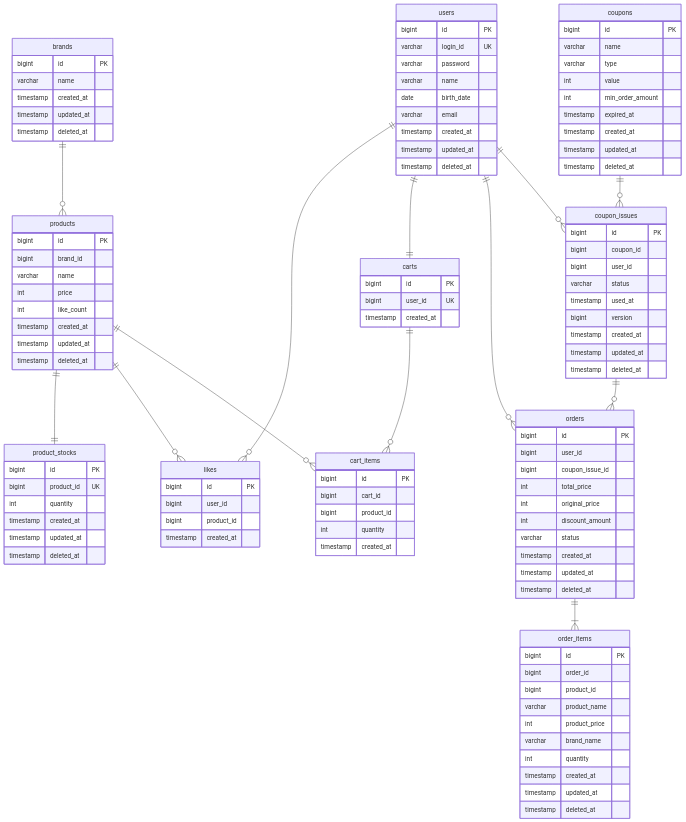
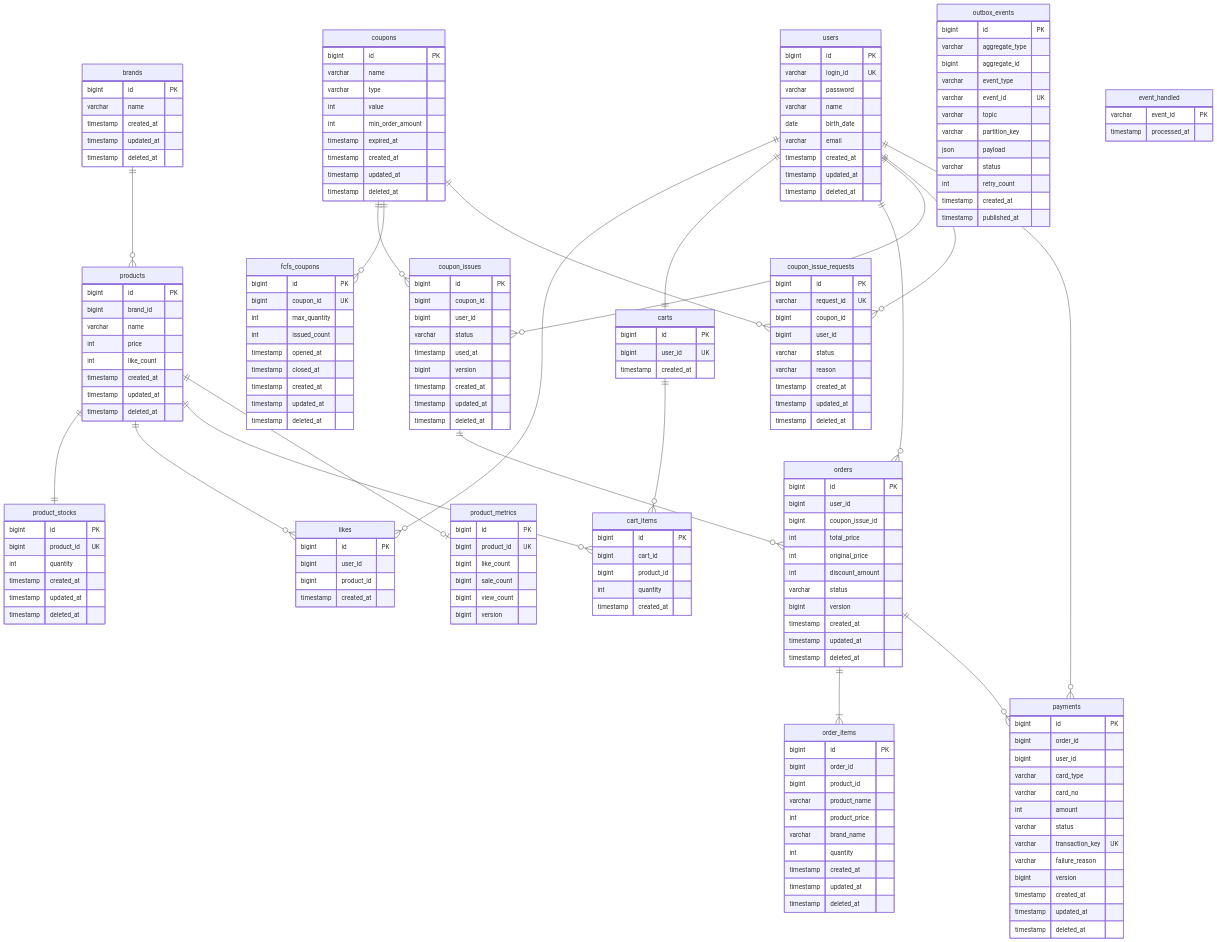
Before and after one commit to Loopers-dev-lab/loop-pack-be-l2-vol3-java: the diagram in .docs/04-erd.md, drawn with Mermaid. The commit also changed other lines of this file and 3 other files, not shown here.

````diff
--- a/.docs/04-erd.md
+++ b/.docs/04-erd.md
@@ -101,6 +101,7 @@
         int original_price
         int discount_amount
         varchar status
+        bigint version
         timestamp created_at
         timestamp updated_at
         timestamp deleted_at
@@ -119,6 +120,75 @@
         timestamp deleted_at
     }
 
+    payments {
+        bigint id PK
+        bigint order_id
+        bigint user_id
+        varchar card_type
+        varchar card_no
+        int amount
+        varchar status
+        varchar transaction_key UK
+        varchar failure_reason
+        bigint version
+        timestamp created_at
+        timestamp updated_at
+        timestamp deleted_at
+    }
+
+    outbox_events {
+        bigint id PK
+        varchar aggregate_type
+        bigint aggregate_id
+        varchar event_type
+        varchar event_id UK
+        varchar topic
+        varchar partition_key
+        json payload
+        varchar status
+        int retry_count
+        timestamp created_at
+        timestamp published_at
+    }
+
+    product_metrics {
+        bigint id PK
+        bigint product_id UK
+        bigint like_count
+        bigint sale_count
+        bigint view_count
+        bigint version
+    }
+
+    fcfs_coupons {
+        bigint id PK
+        bigint coupon_id UK
+        int max_quantity
+        int issued_count
+        timestamp opened_at
+        timestamp closed_at
+        timestamp created_at
+        timestamp updated_at
+        timestamp deleted_at
+    }
+
+    coupon_issue_requests {
+        bigint id PK
+        varchar request_id UK
+        bigint coupon_id
+        bigint user_id
+        varchar status
+        varchar reason
+        timestamp created_at
+        timestamp updated_at
+        timestamp deleted_at
+    }
+
+    event_handled {
+        varchar event_id PK
+        timestamp processed_at
+    }
+
     brands ||--o{ products : ""
     products ||--|| product_stocks : ""
     users ||--o{ likes : ""
@@ -131,4 +201,10 @@
     coupons ||--o{ coupon_issues : ""
     users ||--o{ coupon_issues : ""
     coupon_issues ||--o{ orders : ""
+    orders ||--o{ payments : ""
+    coupons ||--o{ fcfs_coupons : ""
+    coupons ||--o{ coupon_issue_requests : ""
+    users ||--o{ coupon_issue_requests : ""
+    users ||--o{ payments : ""
+    products ||--o| product_metrics : ""
 ```
````
